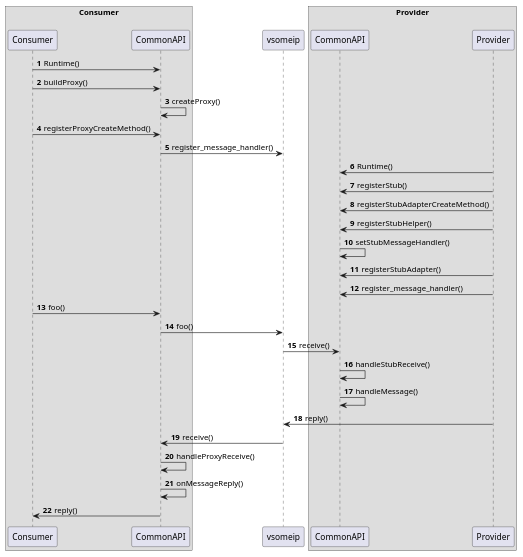
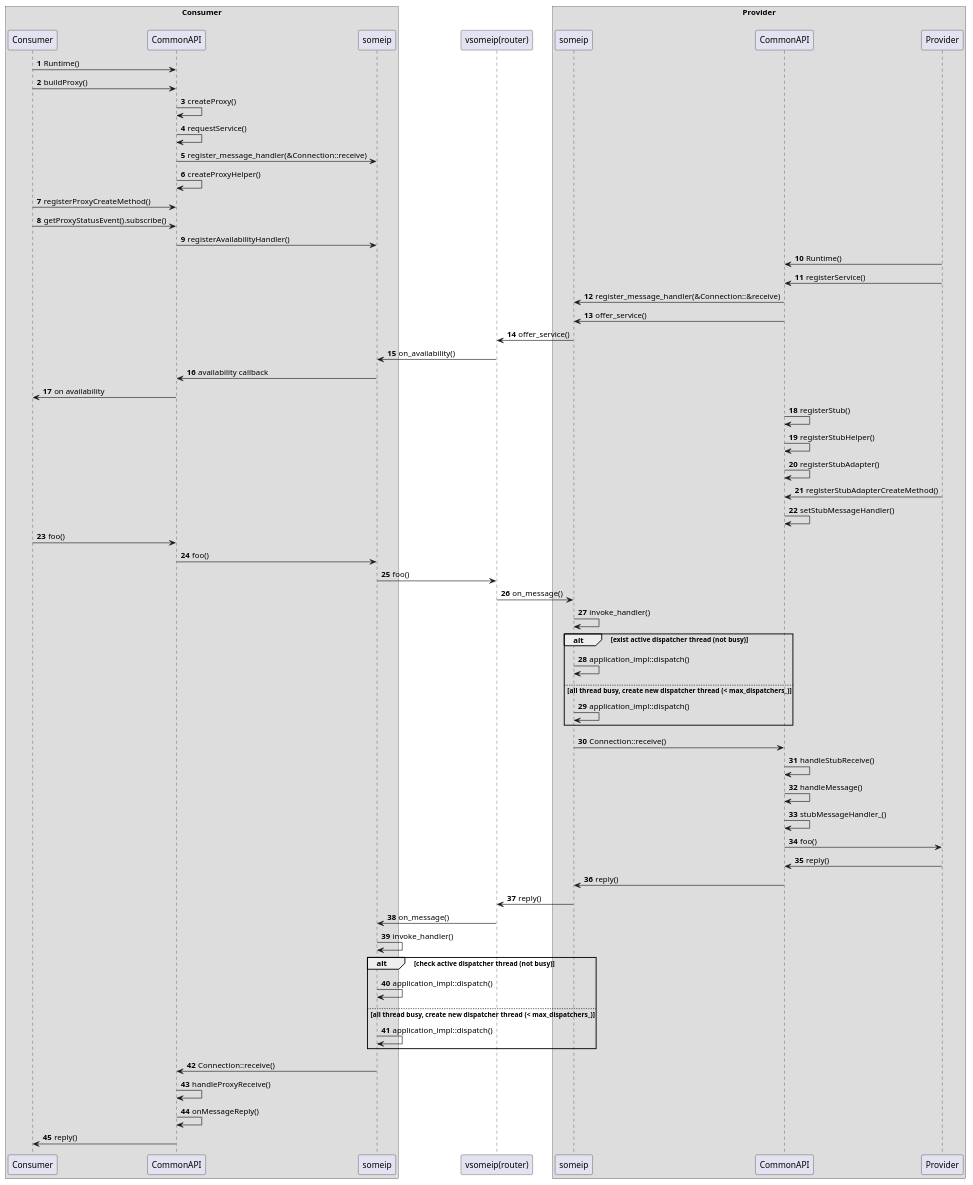
The diagram in docs/consumer_provider.wsd (taikt/someip), drawn with PlantUML before and after one commit. The commit also changed 4 other files, not shown here.

```diff
--- a/docs/consumer_provider.wsd
+++ b/docs/consumer_provider.wsd
@@ -2,48 +2,89 @@
 @startuml
 !pragma teoz true
 autonumber
 
     box "Consumer\n"
     participant "Consumer" as con
 
     participant "CommonAPI" as com1
+    participant "someip" as vsome1
     end box
     'participant "someip CommonAPI" as scom
 
-    participant "vsomeip" as vsome
+    
+    participant "vsomeip(router)" as router
     
     box "Provider\n"
+    participant "someip" as vsome2
     participant "CommonAPI" as com2
     participant "Provider" as pro
+    
     end box 
 
     con -> com1: Runtime()
     con -> com1: buildProxy()
     com1 -> com1: createProxy()
+    com1 -> com1: requestService()
+    com1 -> vsome1: register_message_handler(&Connection::receive)
+    com1 -> com1: createProxyHelper()
     con -> com1: registerProxyCreateMethod()
 
-    com1 -> vsome: register_message_handler()
+    con -> com1: getProxyStatusEvent().subscribe()
+    com1 -> vsome1: registerAvailabilityHandler()
+
 
     pro -> com2: Runtime()
-    pro -> com2: registerStub()
+    pro -> com2: registerService()
+    com2 -> vsome2: register_message_handler(&Connection::&receive)
+    ' need to check this flow offer_service
+    com2 -> vsome2: offer_service()
+    vsome2 -> router: offer_service()
+    router -> vsome1: on_availability()
+    vsome1 -> com1: availability callback
+    com1 -> con: on availability
+    com2 -> com2: registerStub()
+    com2 -> com2: registerStubHelper()
+    com2 -> com2: registerStubAdapter()
+ 
+    
     pro -> com2: registerStubAdapterCreateMethod()
-    pro -> com2: registerStubHelper()
+    
     com2 -> com2: setStubMessageHandler()
-    pro -> com2: registerStubAdapter()
-    pro -> com2: register_message_handler()
+
+    
+   
 
     'pro -> con: ON_AVAILABLE
 
     con -> com1: foo()
-    com1 -> vsome: foo()
-    vsome -> com2: receive()
+    com1 -> vsome1: foo()
+    vsome1 -> router: foo()
+    router -> vsome2: on_message()
+    vsome2 -> vsome2: invoke_handler()
+    alt exist active dispatcher thread (not busy)
+    vsome2 -> vsome2: application_impl::dispatch()
+    else all thread busy, create new dispatcher thread (< max_dispatchers_)
+    vsome2 -> vsome2: application_impl::dispatch()
+    end
+    vsome2 -> com2: Connection::receive()
     com2 -> com2: handleStubReceive()
     com2 -> com2: handleMessage()
+    com2 -> com2: stubMessageHandler_()
+    com2 -> pro: foo()
 
-    pro -> vsome: reply()
-    vsome -> com1: receive()
+    pro -> com2: reply()
+    com2 -> vsome2: reply()
+    vsome2 -> router: reply()
+    router -> vsome1: on_message()
+    vsome1 -> vsome1: invoke_handler()
+    alt check active dispatcher thread (not busy)
+    vsome1 -> vsome1: application_impl::dispatch()
+    else all thread busy, create new dispatcher thread (< max_dispatchers_)
+    vsome1 -> vsome1: application_impl::dispatch()
+    end
+    vsome1 -> com1: Connection::receive()
     com1 -> com1: handleProxyReceive()
     com1 -> com1: onMessageReply()
     com1 -> con: reply()
 
 @enduml
```
